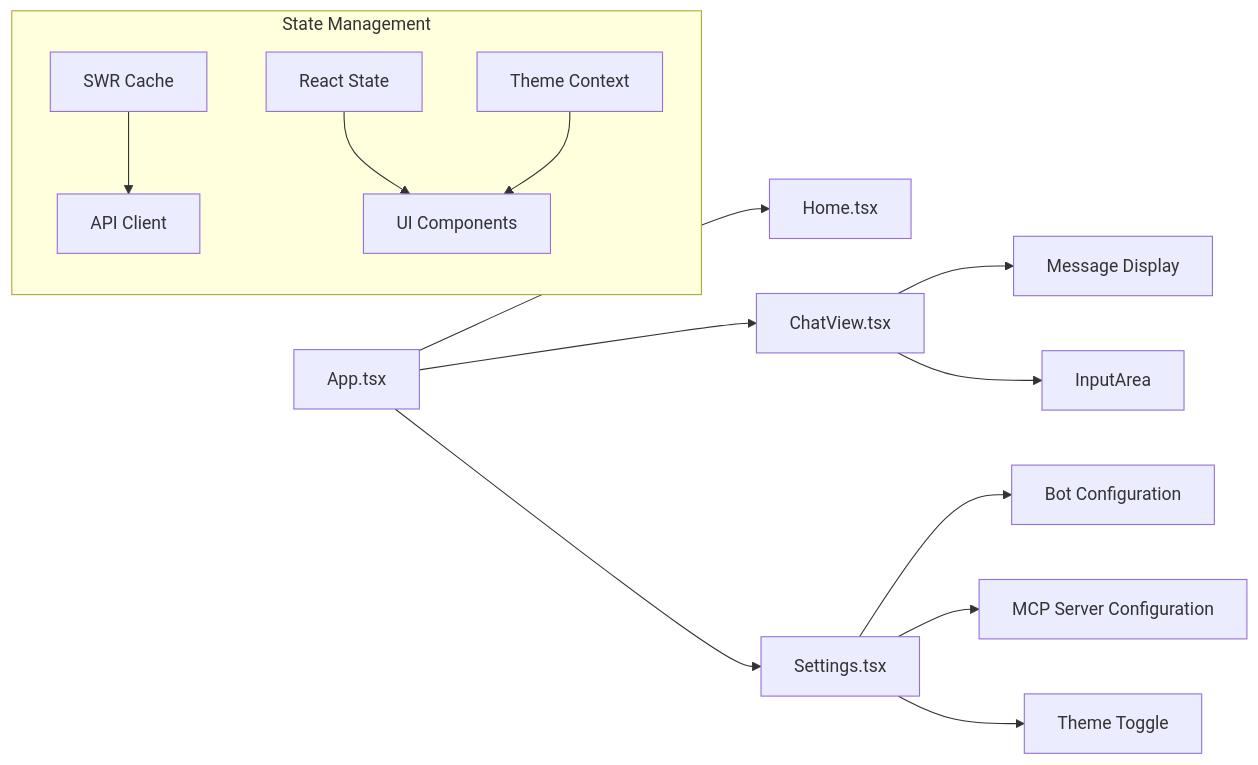
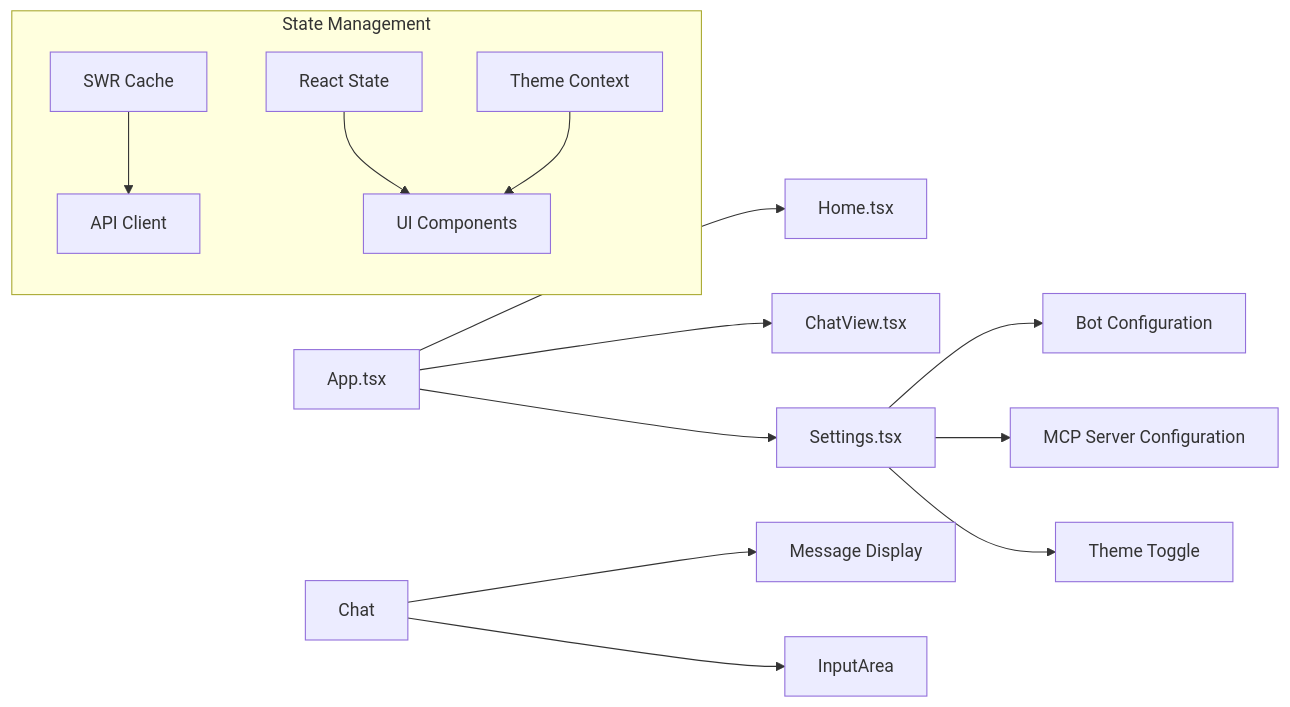
One commit to luohy15/y-gui changed the second of 3 diagrams in memory-bank/systemPatterns.md. Above: the diagram before and after it, drawn with Mermaid. The commit also changed 19 other files, not shown here.

````diff
--- a/memory-bank/systemPatterns.md
+++ b/memory-bank/systemPatterns.md
@@ -55,17 +55,17 @@
 ```mermaid
 flowchart LR
     App[App.tsx] --> Home[Home.tsx]
     App --> ChatView[ChatView.tsx]
     App --> Settings[Settings.tsx]
-    ChatView --> MessageDisplay[Message Display]
-    ChatView --> InputArea[InputArea]
+    Chat --> MessageDisplay[Message Display]
+    Chat --> InputArea[InputArea]
     Settings --> BotConfig[Bot Configuration]
     Settings --> McpConfig[MCP Server Configuration]
     Settings --> ThemeToggle[Theme Toggle]
 
     subgraph "State Management"
         SWR[SWR Cache] --> API[API Client]
         LocalState[React State] --> UI[UI Components]
         ThemeContext[Theme Context] --> UI
     end
 ```
````
